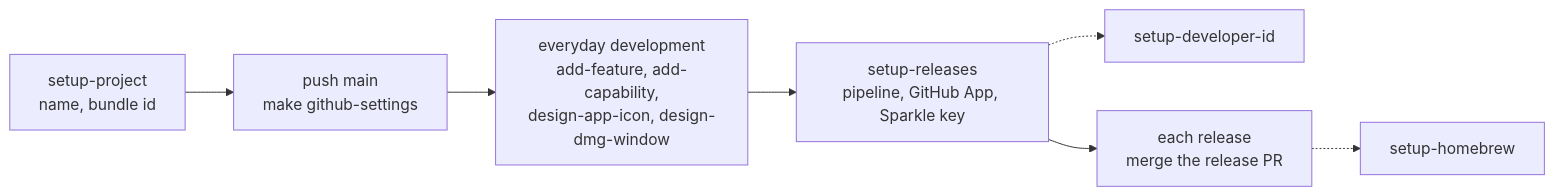
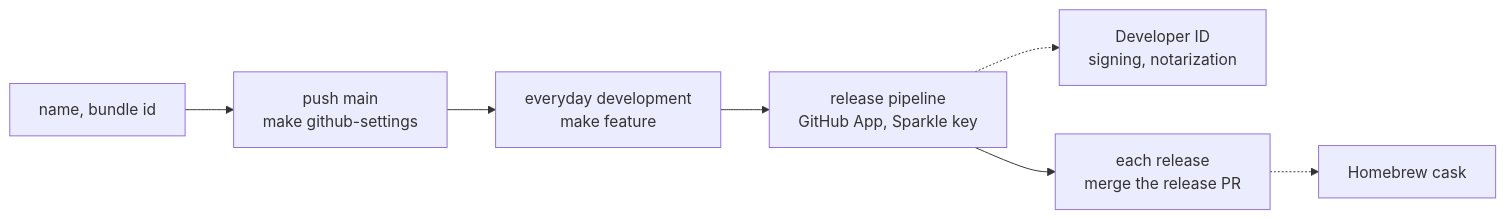
The second of 2 diagrams in README.md (chengzi-io/macos-swiftui-spm-template), drawn with Mermaid before and after one commit. The commit also changed other lines of this file and 9 other files, not shown here.

````diff
--- a/README.md
+++ b/README.md
@@ -61,9 +60,9 @@
 ```mermaid
 flowchart LR
-    project["setup-project<br/>name, bundle id"] --> repo["push main<br/>make github-settings"]
-    repo --> dev["everyday development<br/>add-feature, add-capability,<br/>design-app-icon, design-dmg-window"]
-    dev --> releases["setup-releases<br/>pipeline, GitHub App, Sparkle key"]
-    releases -.-> signing["setup-developer-id"]
+    project["name, bundle id"] --> repo["push main<br/>make github-settings"]
+    repo --> dev["everyday development<br/>make feature"]
+    dev --> releases["release pipeline<br/>GitHub App, Sparkle key"]
+    releases -.-> signing["Developer ID<br/>signing, notarization"]
     releases --> ship["each release<br/>merge the release PR"]
-    ship -.-> brew["setup-homebrew"]
+    ship -.-> brew["Homebrew cask"]
 ```
````
